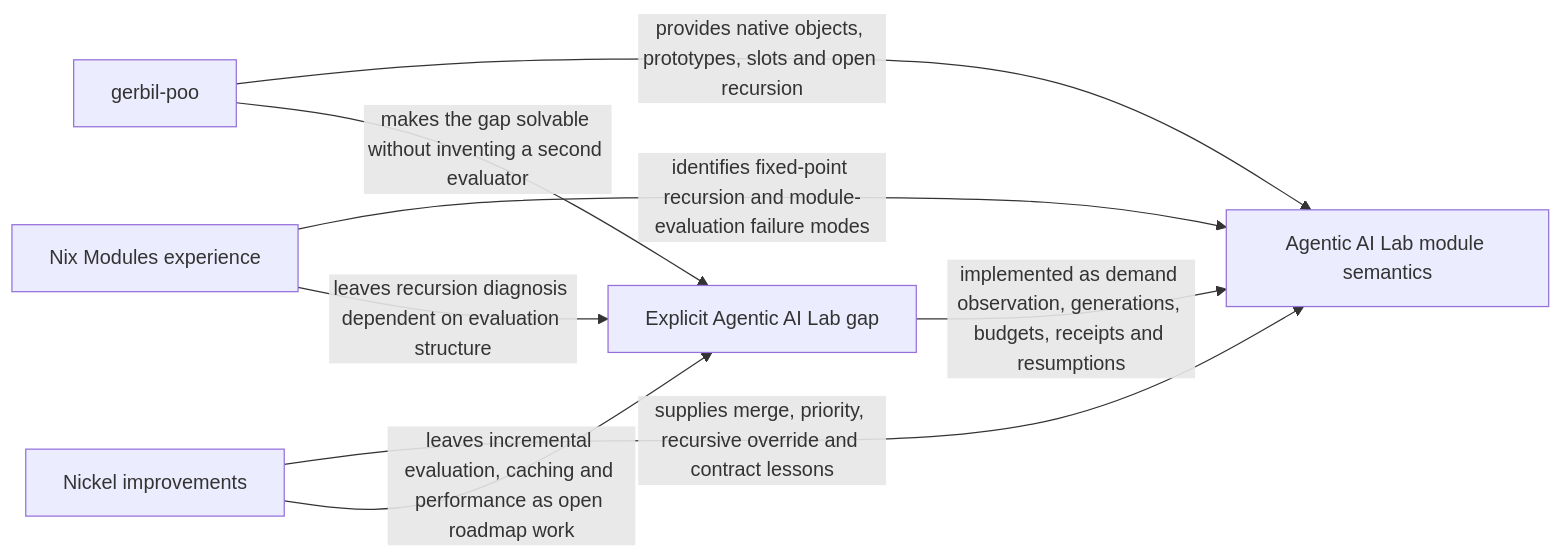
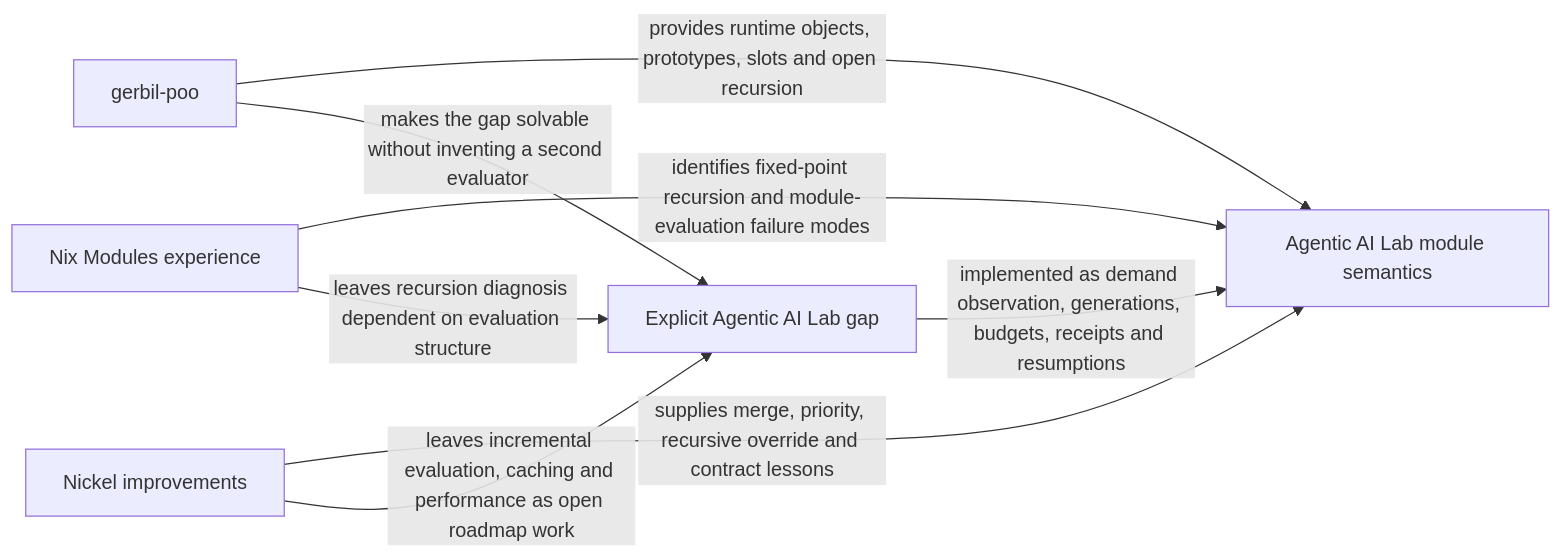
One commit to tao3k/gebril-yuanxu changed the second of 3 diagrams in module-system/design/45-30-nix-modules-and-nickel-design-reflection.org. Above: the diagram before and after it, drawn with Mermaid. The commit also changed other lines of this file and 1469 other files, not shown here.

First line of the commit message:
refactor: consolidate module runtime and build interfaces

```diff
--- a/module-system/design/45-30-nix-modules-and-nickel-design-reflection.org
+++ b/module-system/design/45-30-nix-modules-and-nickel-design-reflection.org
@@ -174,10 +174,10 @@
 #+begin_src mermaid
 flowchart LR
-  GP["gerbil-poo"] -->|"provides native objects, prototypes, slots and open recursion"| PF["Agentic AI Lab module semantics"]
+  GP["gerbil-poo"] -->|"provides runtime objects, prototypes, slots and open recursion"| PF["Agentic AI Lab module semantics"]
   NX["Nix Modules experience"] -->|"identifies fixed-point recursion and module-evaluation failure modes"| PF
   NK["Nickel improvements"] -->|"supplies merge, priority, recursive override and contract lessons"| PF
   NK -->|"leaves incremental evaluation, caching and performance as open roadmap work"| PG["Explicit Agentic AI Lab gap"]
   NX -->|"leaves recursion diagnosis dependent on evaluation structure"| PG
   GP -->|"makes the gap solvable without inventing a second evaluator"| PG
   PG -->|"implemented as demand observation, generations, budgets, receipts and resumptions"| PF
 #+end_src
```
